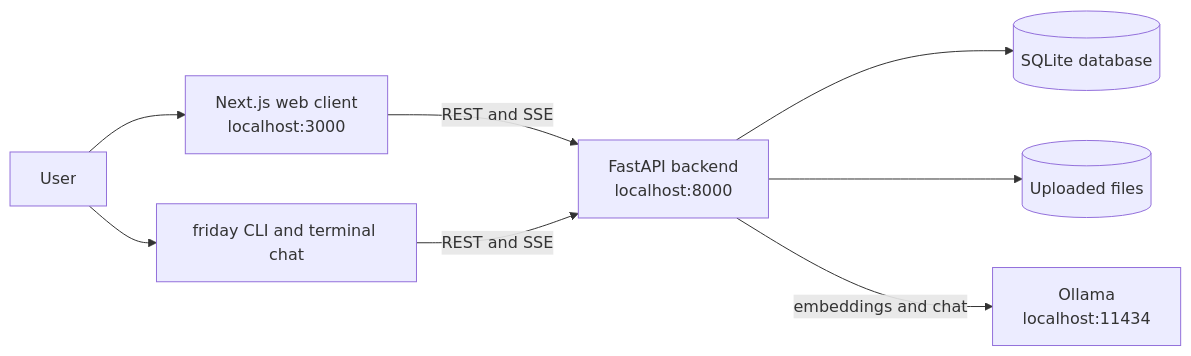
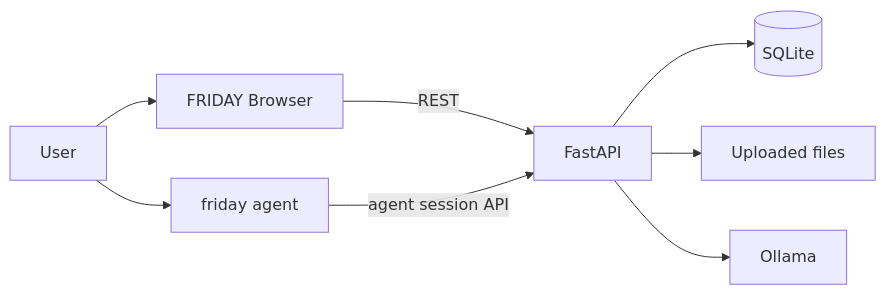
The diagram in docs/architecture.md (veer-bajpai/FRIDAY-Local-First-AI-Developer-and-Knowledge-Assistant), drawn with Mermaid before and after one commit. The commit also changed other lines of this file and 30 other files, not shown here.

Commit message:
Friday chat remove + API Error solved

````diff
--- a/docs/architecture.md
+++ b/docs/architecture.md
@@ -29,18 +16,10 @@
 ```mermaid
 flowchart LR
-    User[User]
-    Browser[Next.js web client<br/>localhost:3000]
-    Terminal[friday CLI and terminal chat]
-    API[FastAPI backend<br/>localhost:8000]
-    DB[(SQLite database)]
-    Files[(Uploaded files)]
-    Ollama[Ollama<br/>localhost:11434]
-
-    User --> Browser
-    User --> Terminal
-    Browser -->|REST and SSE| API
-    Terminal -->|REST and SSE| API
-    API --> DB
-    API --> Files
-    API -->|embeddings and chat| Ollama
+  User --> Browser[FRIDAY Browser]
+  User --> Agent[friday agent]
+  Browser -->|REST| API[FastAPI]
+  Agent -->|agent session API| API
+  API --> DB[(SQLite)]
+  API --> Files[Uploaded files]
+  API --> Ollama[Ollama]
 ```
````
